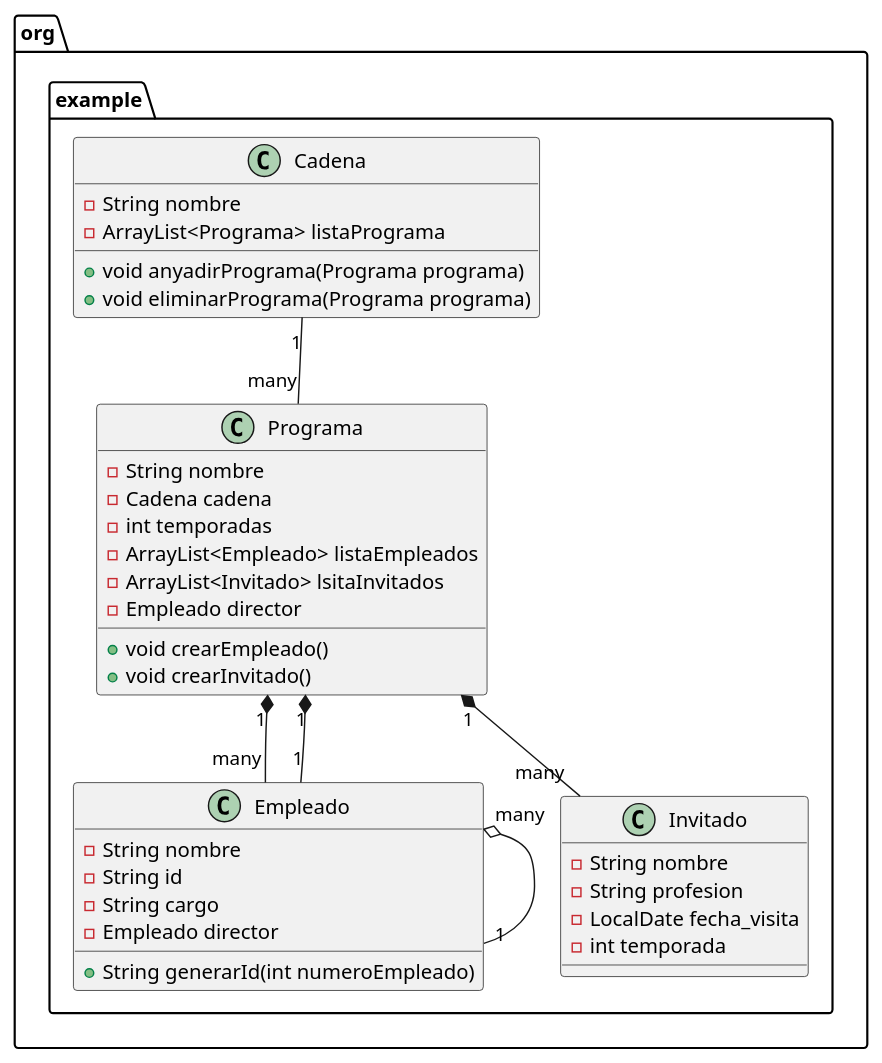
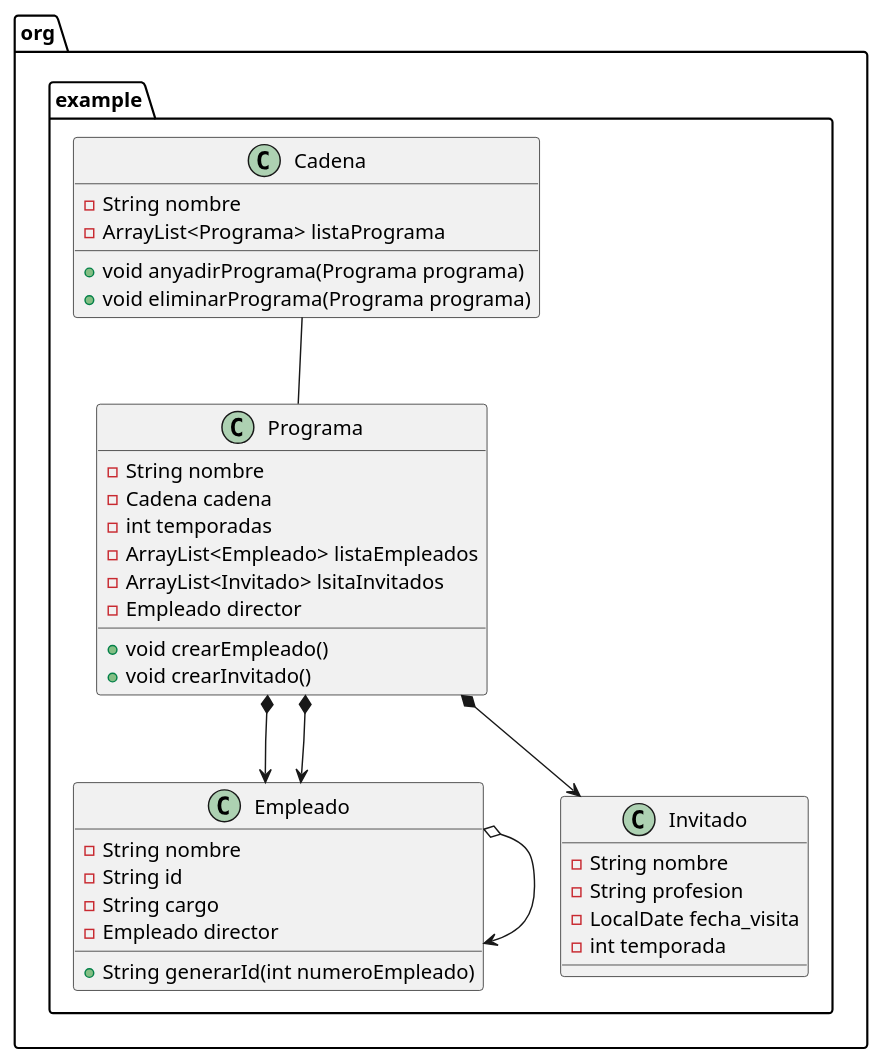
Before and after one commit to Smeagol-chan/Programaci-n-1-DAM: the diagram in EjerciciosUd5_1DAM/Practica_1/src/main/java/org/example/programas.puml, drawn with PlantUML. The commit also changed 5 other files, not shown here.

```diff
--- a/EjerciciosUd5_1DAM/Practica_1/src/main/java/org/example/programas.puml
+++ b/EjerciciosUd5_1DAM/Practica_1/src/main/java/org/example/programas.puml
@@ -1,47 +1,47 @@
 @startuml
 
 package "org.example" {
     Class Cadena {
         - String nombre
         - ArrayList<Programa> listaPrograma
 
         + void anyadirPrograma(Programa programa)
         + void eliminarPrograma(Programa programa)
     }
 
     Class Programa {
         - String nombre
         - Cadena cadena
         - int temporadas
         - ArrayList<Empleado> listaEmpleados
         - ArrayList<Invitado> lsitaInvitados
         - Empleado director
 
         + void crearEmpleado()
         + void crearInvitado()
     }
 
     Class Empleado {
         - String nombre
         - String id
         - String cargo
         - Empleado director
 
         + String generarId(int numeroEmpleado)
     }
 
     Class Invitado {
         - String nombre
         - String profesion
         - LocalDate fecha_visita
         - int temporada
     }
 
-    Cadena "1" -- "many" Programa
-    Programa "1" *-- "many" Empleado
-    Programa "1" *-- "1" Empleado
-    Empleado "many" o-- "1" Empleado
-    Programa "1" *-- "many" Invitado
+    Cadena -- Programa
+    Programa *--> Empleado
+    Programa *--> Empleado
+    Empleado o--> Empleado
+    Programa *--> Invitado
 }
 
 @enduml
```
